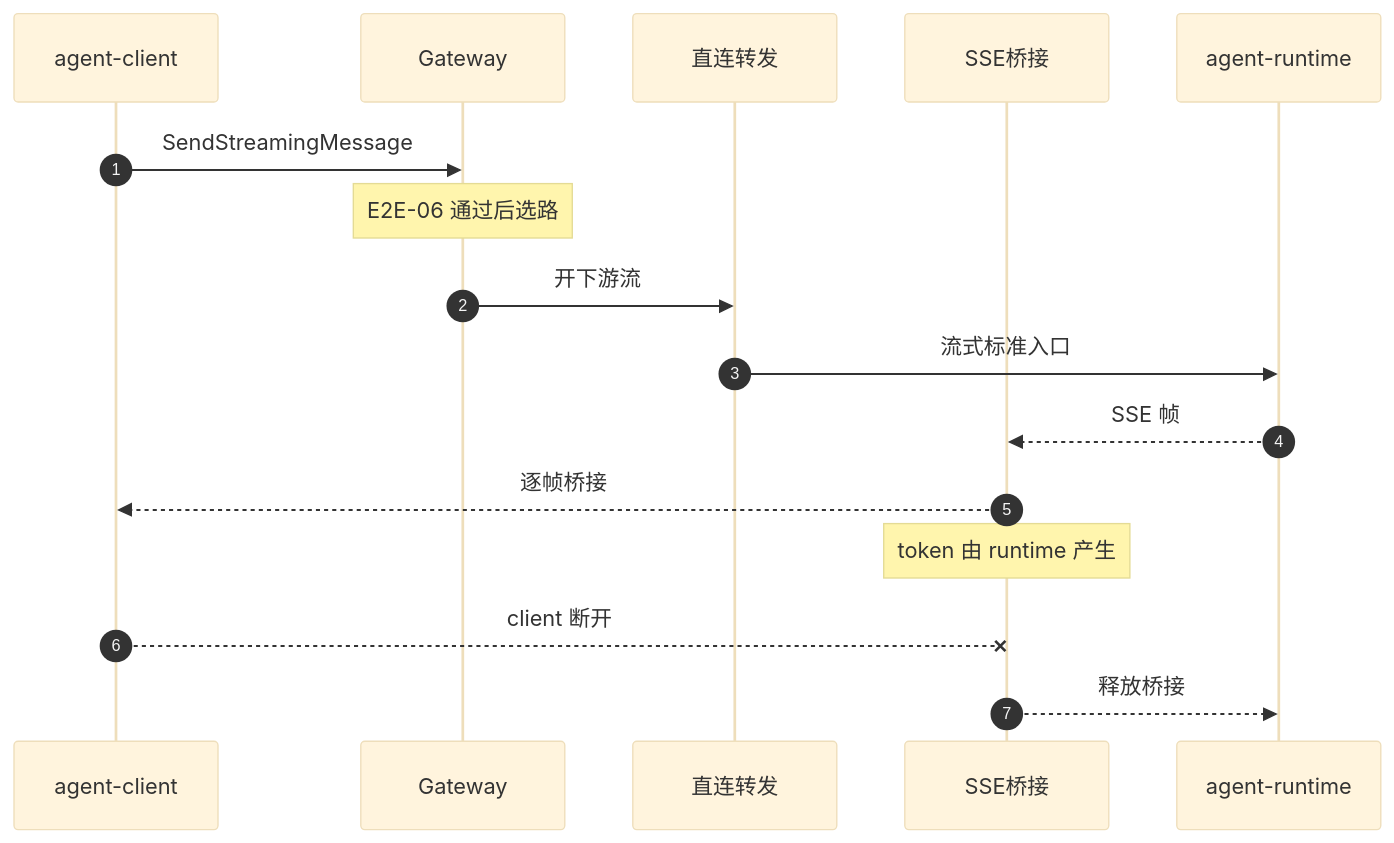
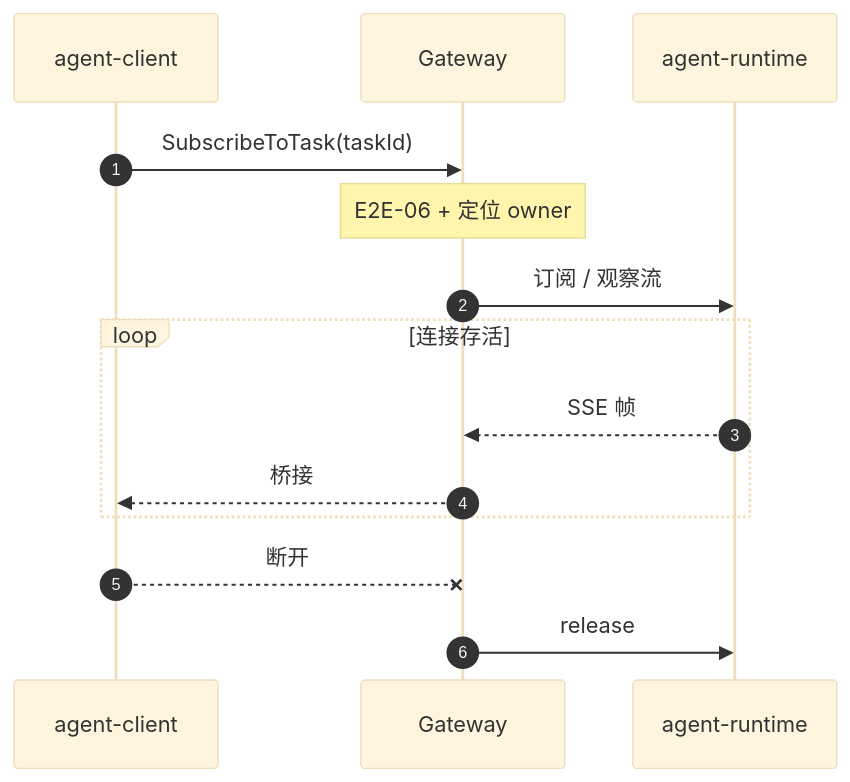
The tenth of 10 diagrams in architecture/L2-Low-Level-Design/agent-gateway/feat-011-client-invocation-route-forwarding.md (chaosxingxc-orion/spring-ai-ascend), drawn with Mermaid (base theme) before and after one commit. The commit also changed other lines of this file and 1 other file, not shown here.

````diff
--- a/architecture/L2-Low-Level-Design/agent-gateway/feat-011-client-invocation-route-forwarding.md
+++ b/architecture/L2-Low-Level-Design/agent-gateway/feat-011-client-invocation-route-forwarding.md
@@ -1300,19 +2051,16 @@
 ```mermaid
 sequenceDiagram
   autonumber
   participant C as agent-client
   participant GW as Gateway
-  participant DIR as 直连转发
-  participant SSE as SSE桥接
   participant RT as agent-runtime
-
-  C->>GW: SendStreamingMessage
-  Note over GW: E2E-06 通过后选路
-  GW->>DIR: 开下游流
-  DIR->>RT: 流式标准入口
-  RT-->>SSE: SSE 帧
-  SSE-->>C: 逐帧桥接
-  Note over SSE: token 由 runtime 产生
-  C--xSSE: client 断开
-  SSE-->>RT: 释放桥接
+  C->>GW: SubscribeToTask(taskId)
+  Note over GW: E2E-06 + 定位 owner
+  GW->>RT: 订阅 / 观察流
+  loop 连接存活
+    RT-->>GW: SSE 帧
+    GW-->>C: 桥接
+  end
+  C--xGW: 断开
+  GW->>RT: release
 ```
````
